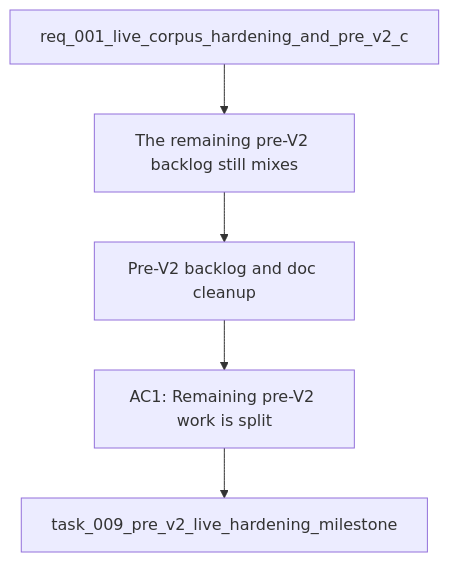
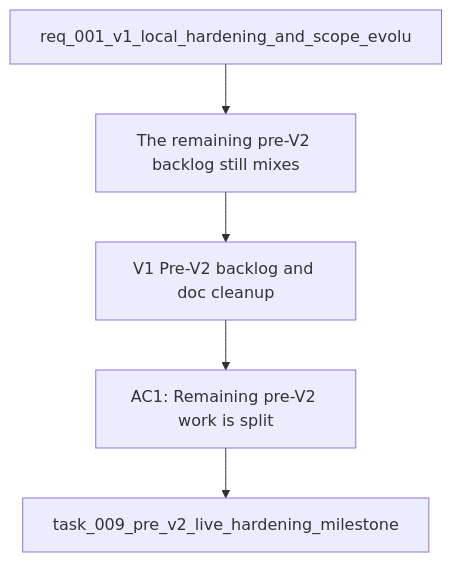
Before and after one commit to AlexAgo83/deepvault: the diagram in logics/backlog/item_018_v1_pre_v2_backlog_and_doc_cleanup.md, drawn with Mermaid. The commit also changed 28 other files, not shown here.

````diff
--- a/logics/backlog/item_018_v1_pre_v2_backlog_and_doc_cleanup.md
+++ b/logics/backlog/item_018_v1_pre_v2_backlog_and_doc_cleanup.md
@@ -21,9 +21,9 @@
 ```mermaid
 %% logics-kind: backlog
 %% logics-signature: backlog|v1-pre-v2-backlog-and-doc-cleanup|req-001-v1-local-hardening-and-scope-evo|the-remaining-pre-v2-backlog-still-mixes|ac1-remaining-pre-v2-work-is-split
 flowchart TD
-    Request[req_001_live_corpus_hardening_and_pre_v2_c] --> Problem[The remaining pre-V2 backlog still mixes]
-    Problem --> Scope[Pre-V2 backlog and doc cleanup]
+    Request[req_001_v1_local_hardening_and_scope_evolu] --> Problem[The remaining pre-V2 backlog still mixes]
+    Problem --> Scope[V1 Pre-V2 backlog and doc cleanup]
     Scope --> Acceptance[AC1: Remaining pre-V2 work is split]
     Acceptance --> Tasks[task_009_pre_v2_live_hardening_milestone]
 ```
````
